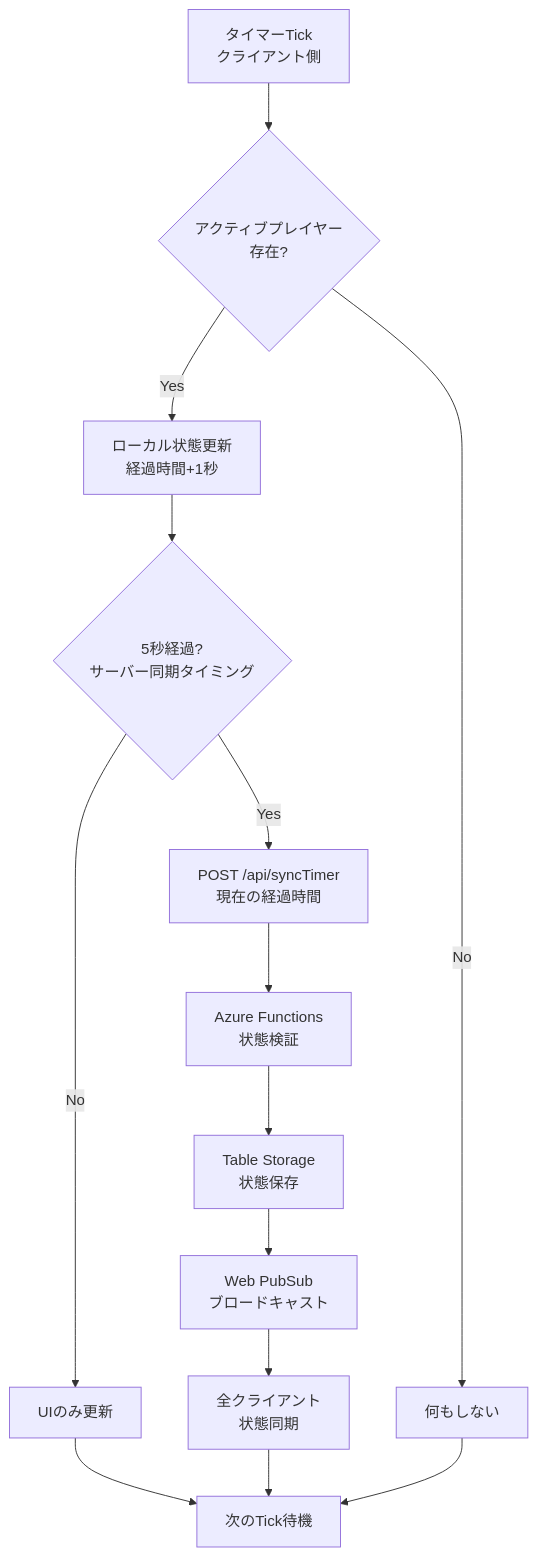
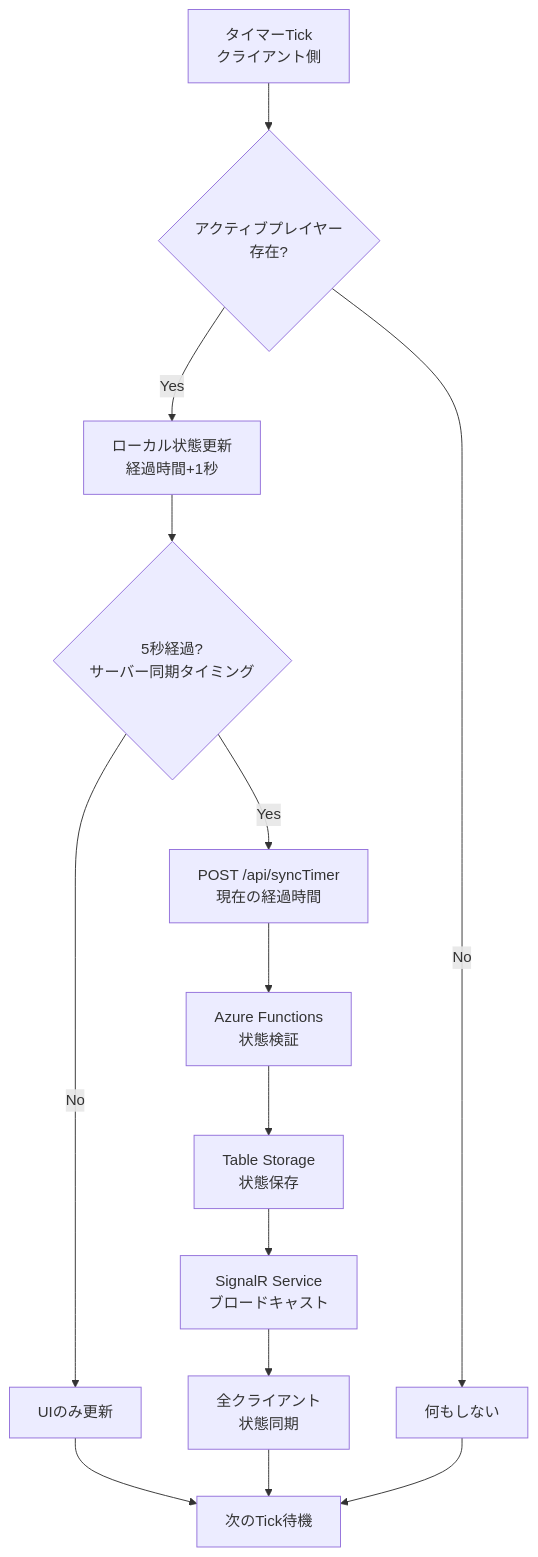
One commit to Jillrinn/tickTackFour changed the third of 4 diagrams in .kiro/specs/multiplayer-game-timer/design.md. Above: the diagram before and after it, drawn with Mermaid. The commit also changed other lines of this file and 1 other file, not shown here.

First line of the commit message:
Update spec: SignalR + hybrid timer mode (count-up/down)

````diff
--- a/.kiro/specs/multiplayer-game-timer/design.md
+++ b/.kiro/specs/multiplayer-game-timer/design.md
@@ -177,16 +187,16 @@
 ```mermaid
 flowchart TD
     A[タイマーTick<br/>クライアント側] --> B{アクティブプレイヤー<br/>存在?}
     B -->|Yes| C[ローカル状態更新<br/>経過時間+1秒]
     B -->|No| Z[何もしない]
     C --> D{5秒経過?<br/>サーバー同期タイミング}
     D -->|No| E[UIのみ更新]
     D -->|Yes| F[POST /api/syncTimer<br/>現在の経過時間]
     F --> G[Azure Functions<br/>状態検証]
     G --> H[Table Storage<br/>状態保存]
-    H --> I[Web PubSub<br/>ブロードキャスト]
+    H --> I[SignalR Service<br/>ブロードキャスト]
     I --> J[全クライアント<br/>状態同期]
     E --> K[次のTick待機]
     J --> K
     Z --> K
 ```
````
